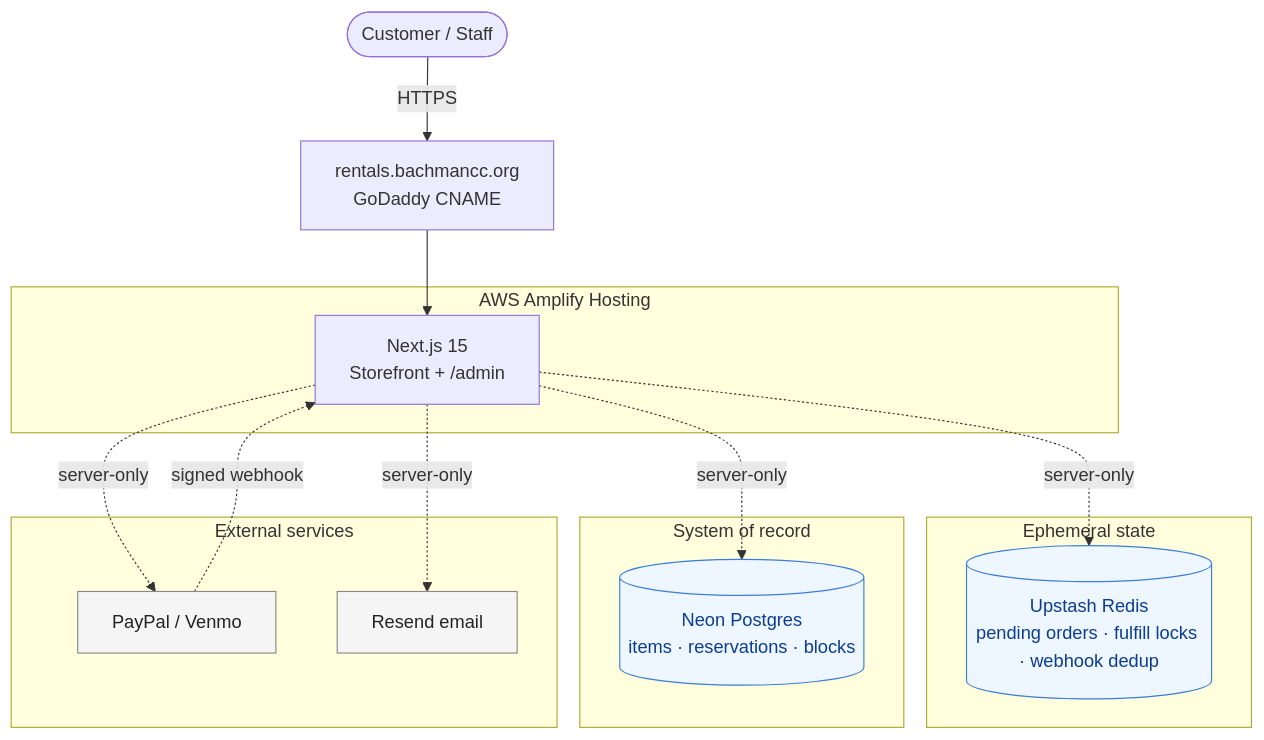
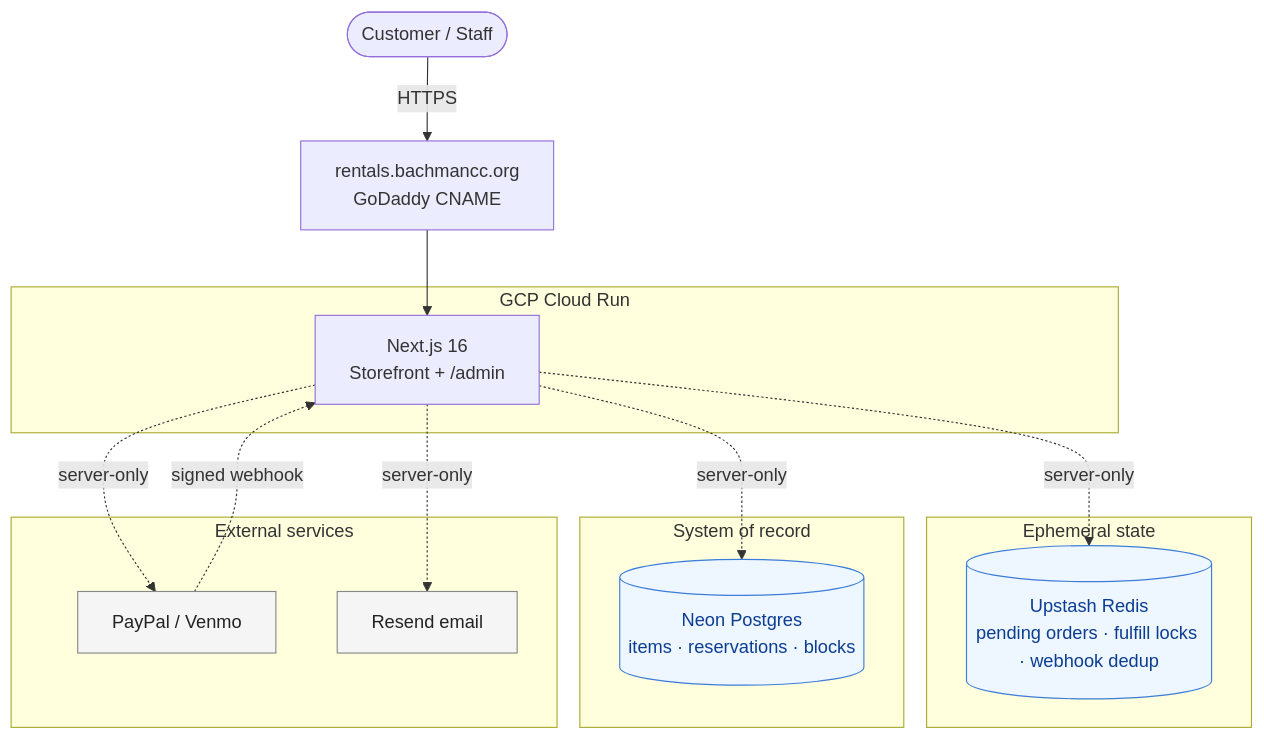
Before and after one commit to thedavidhanks/bcc-rentals-frontend: the diagram in docs/EXECUTION_PLAN.md, drawn with Mermaid. The commit also changed other lines of this file and 23 other files, not shown here.

````diff
--- a/docs/EXECUTION_PLAN.md
+++ b/docs/EXECUTION_PLAN.md
@@ -27,35 +29,35 @@
 ```mermaid
 flowchart TD
     User([Customer / Staff])
     DNS[rentals.bachmancc.org<br/>GoDaddy CNAME]
 
-    subgraph Amplify["AWS Amplify Hosting"]
-        App[Next.js 15<br/>Storefront + /admin]
+    subgraph CloudRun["GCP Cloud Run"]
+        App[Next.js 16<br/>Storefront + /admin]
     end
 
     subgraph Ephemeral["Ephemeral state"]
         Redis[(Upstash Redis<br/>pending orders · fulfill locks · webhook dedup)]
     end
 
     subgraph Durable["System of record"]
         Neon[(Neon Postgres<br/>items · reservations · blocks)]
     end
 
     subgraph External["External services"]
         PayPal[PayPal / Venmo]
         Resend[Resend email]
     end
 
     User -->|HTTPS| DNS
     DNS --> App
     App -.server-only.-> Redis
     App -.server-only.-> Neon
     App -.server-only.-> PayPal
     App -.server-only.-> Resend
     PayPal -.signed webhook.-> App
 
     classDef ext fill:#f5f5f5,stroke:#888,color:#222
     classDef store fill:#eef6ff,stroke:#3b7dd8,color:#0b3d91
     class PayPal,Resend ext
     class Redis,Neon store
 ```
````
